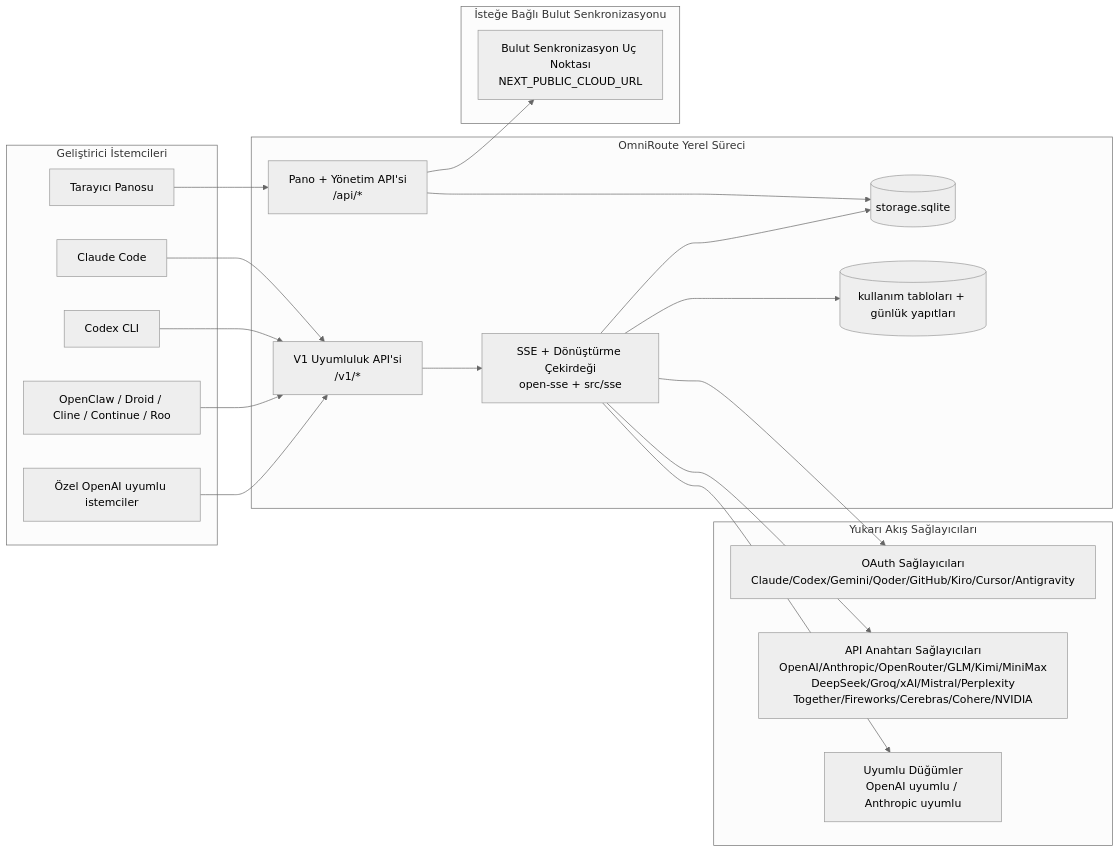
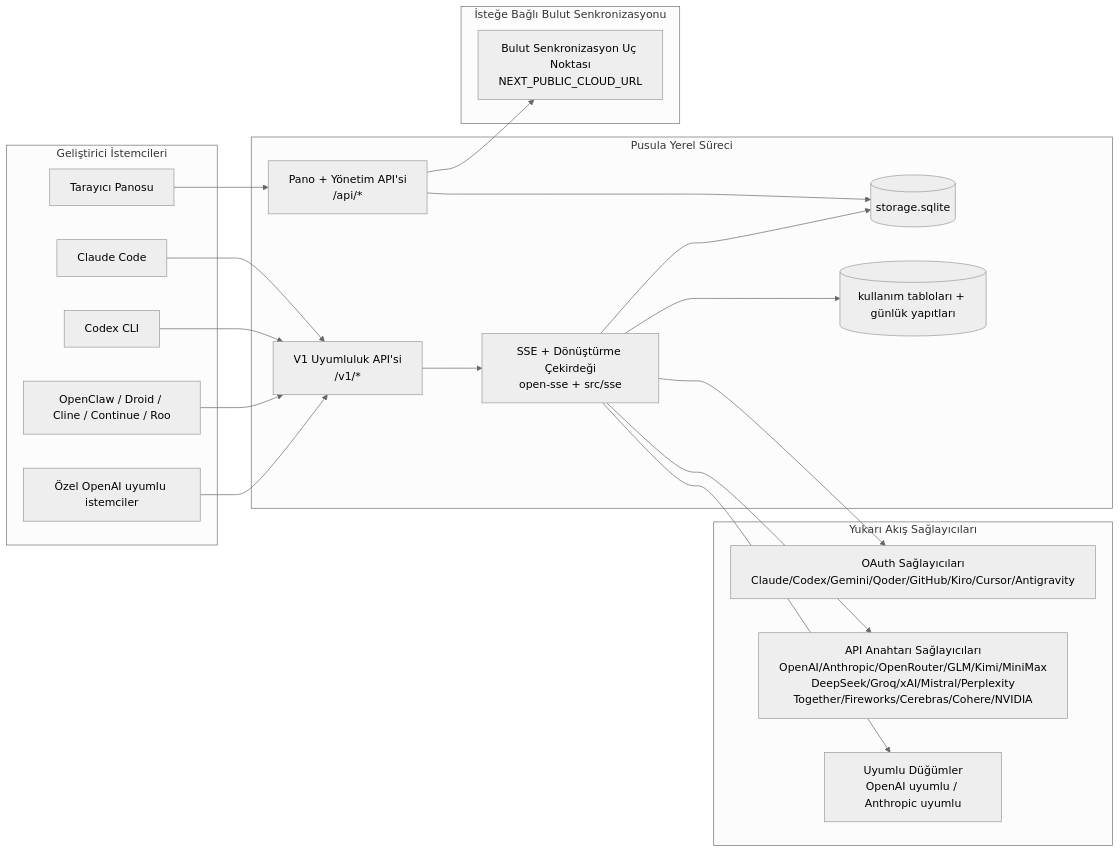
Before and after one commit to Ferhat-Yasinoglu/pusula: the first of 7 diagrams in docs/i18n/tr/docs/architecture/ARCHITECTURE.md, drawn with Mermaid (neutral theme). The commit also changed other lines of this file and 5718 other files, not shown here.

First line of the commit message:
Rename OmniRoute to Pusula across paths and content

````diff
--- a/docs/i18n/tr/docs/architecture/ARCHITECTURE.md
+++ b/docs/i18n/tr/docs/architecture/ARCHITECTURE.md
@@ -157,45 +157,45 @@
 ```mermaid
 flowchart LR
     subgraph Clients[Geliştirici İstemcileri]
         C1[Claude Code]
         C2[Codex CLI]
         C3[OpenClaw / Droid / Cline / Continue / Roo]
         C4[Özel OpenAI uyumlu istemciler]
         BROWSER[Tarayıcı Panosu]
     end
 
-    subgraph Router[OmniRoute Yerel Süreci]
+    subgraph Router[Pusula Yerel Süreci]
         API[V1 Uyumluluk API'si\n/v1/*]
         DASH[Pano + Yönetim API'si\n/api/*]
         CORE[SSE + Dönüştürme Çekirdeği\nopen-sse + src/sse]
         DB[(storage.sqlite)]
         UDB[(kullanım tabloları + günlük yapıtları)]
     end
 
     subgraph Upstreams[Yukarı Akış Sağlayıcıları]
         P1[OAuth Sağlayıcıları\nClaude/Codex/Gemini/Qoder/GitHub/Kiro/Cursor/Antigravity]
         P2[API Anahtarı Sağlayıcıları\nOpenAI/Anthropic/OpenRouter/GLM/Kimi/MiniMax\nDeepSeek/Groq/xAI/Mistral/Perplexity\nTogether/Fireworks/Cerebras/Cohere/NVIDIA]
         P3[Uyumlu Düğümler\nOpenAI uyumlu / Anthropic uyumlu]
     end
 
     subgraph Cloud[İsteğe Bağlı Bulut Senkronizasyonu]
         CLOUD[Bulut Senkronizasyon Uç Noktası\nNEXT_PUBLIC_CLOUD_URL]
     end
 
     C1 --> API
     C2 --> API
     C3 --> API
     C4 --> API
     BROWSER --> DASH
 
     API --> CORE
     DASH --> DB
     CORE --> DB
     CORE --> UDB
 
     CORE --> P1
     CORE --> P2
     CORE --> P3
 
     DASH --> CLOUD
 ```
````
